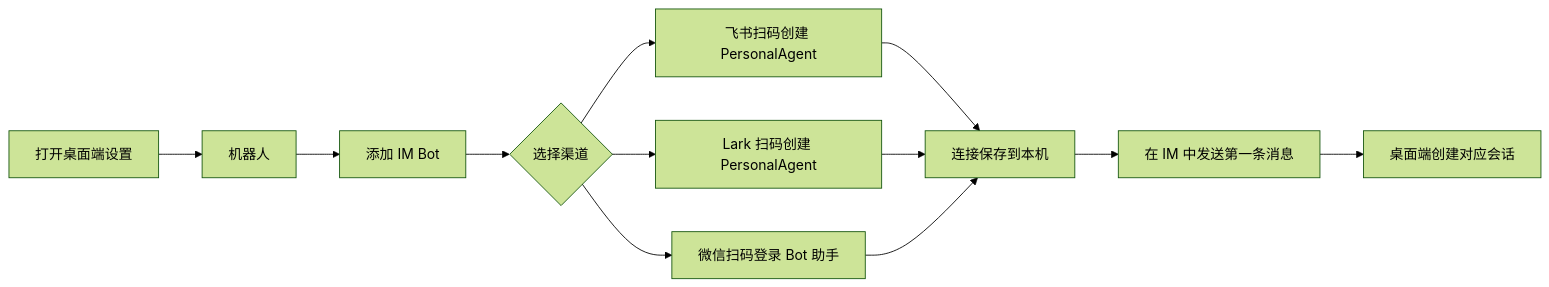
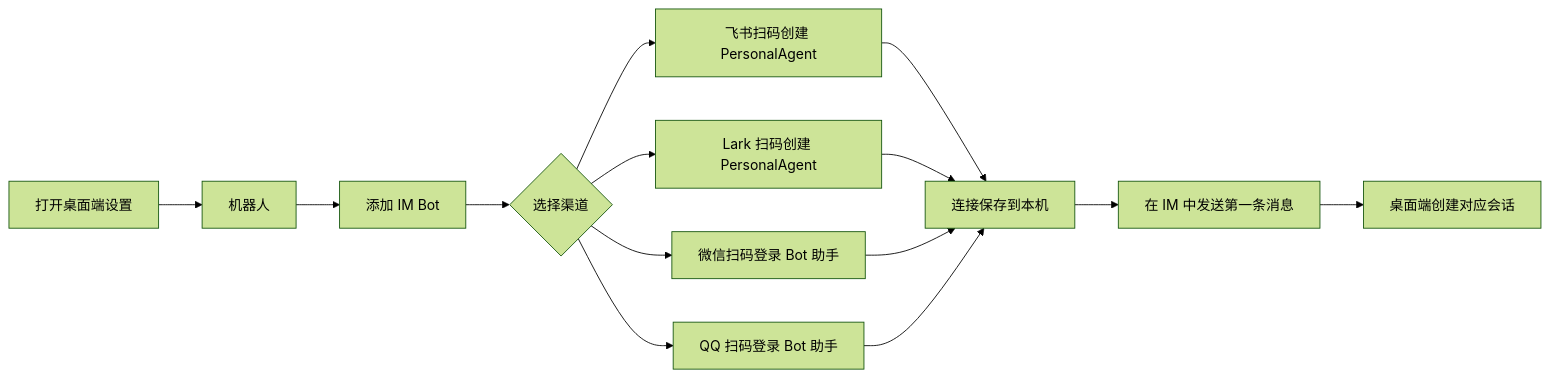
Before and after one commit to zuohuadong/volt-gui: the first of 3 diagrams in docs/BOT_GUIDE.zh-CN.md, drawn with Mermaid (forest theme). The commit also changed other lines of this file and 1 other file, not shown here.

Commit message:
docs: add QQ Bot to bot guide (fixes #5540)

````diff
--- a/docs/BOT_GUIDE.zh-CN.md
+++ b/docs/BOT_GUIDE.zh-CN.md
@@ -42,14 +42,16 @@
 ```mermaid
 flowchart LR
   A["打开桌面端设置"] --> B["机器人"]
   B --> C["添加 IM Bot"]
   C --> D{"选择渠道"}
   D --> E["飞书扫码创建 PersonalAgent"]
   D --> F["Lark 扫码创建 PersonalAgent"]
   D --> G["微信扫码登录 Bot 助手"]
-  E --> H["连接保存到本机"]
-  F --> H
-  G --> H
-  H --> I["在 IM 中发送第一条消息"]
-  I --> J["桌面端创建对应会话"]
+  D --> H["QQ 扫码登录 Bot 助手"]
+  E --> I["连接保存到本机"]
+  F --> I
+  G --> I
+  H --> I
+  I --> J["在 IM 中发送第一条消息"]
+  J --> K["桌面端创建对应会话"]
 ```
````
